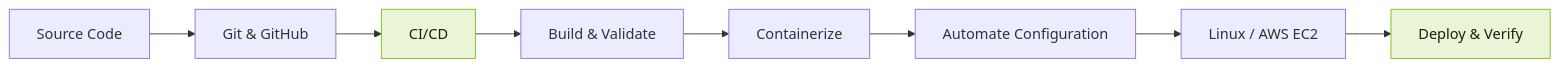
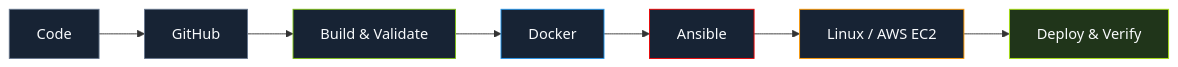
The diagram in README.md (YWKihar/YWKihar), drawn with Mermaid before and after one commit. The commit also changed other lines of this file, not shown here.

````diff
--- a/README.md
+++ b/README.md
@@ -37,13 +46,17 @@
 ```mermaid
 flowchart LR
-    A[Source Code] --> B[Git & GitHub]
-    B --> C[CI/CD]
-    C --> D[Build & Validate]
-    D --> E[Containerize]
-    E --> F[Automate Configuration]
-    F --> G[Linux / AWS EC2]
-    G --> H[Deploy & Verify]
+    A["Code"] --> B["GitHub"]
+    B --> C["Build & Validate"]
+    C --> D["Docker"]
+    D --> E["Ansible"]
+    E --> F["Linux / AWS EC2"]
+    F --> G["Deploy & Verify"]
 
-    style C fill:#eaf4d7,stroke:#7cbf12,color:#17210a
-    style H fill:#eaf4d7,stroke:#7cbf12,color:#17210a
+    style A fill:#172334,stroke:#64748b,color:#f8fafc
+    style B fill:#172334,stroke:#64748b,color:#f8fafc
+    style C fill:#172334,stroke:#7cbf12,color:#f8fafc
+    style D fill:#172334,stroke:#2496ed,color:#f8fafc
+    style E fill:#172334,stroke:#ee0000,color:#f8fafc
+    style F fill:#172334,stroke:#ff9900,color:#f8fafc
+    style G fill:#20351a,stroke:#a8e20e,color:#f8fafc
 ```
````
